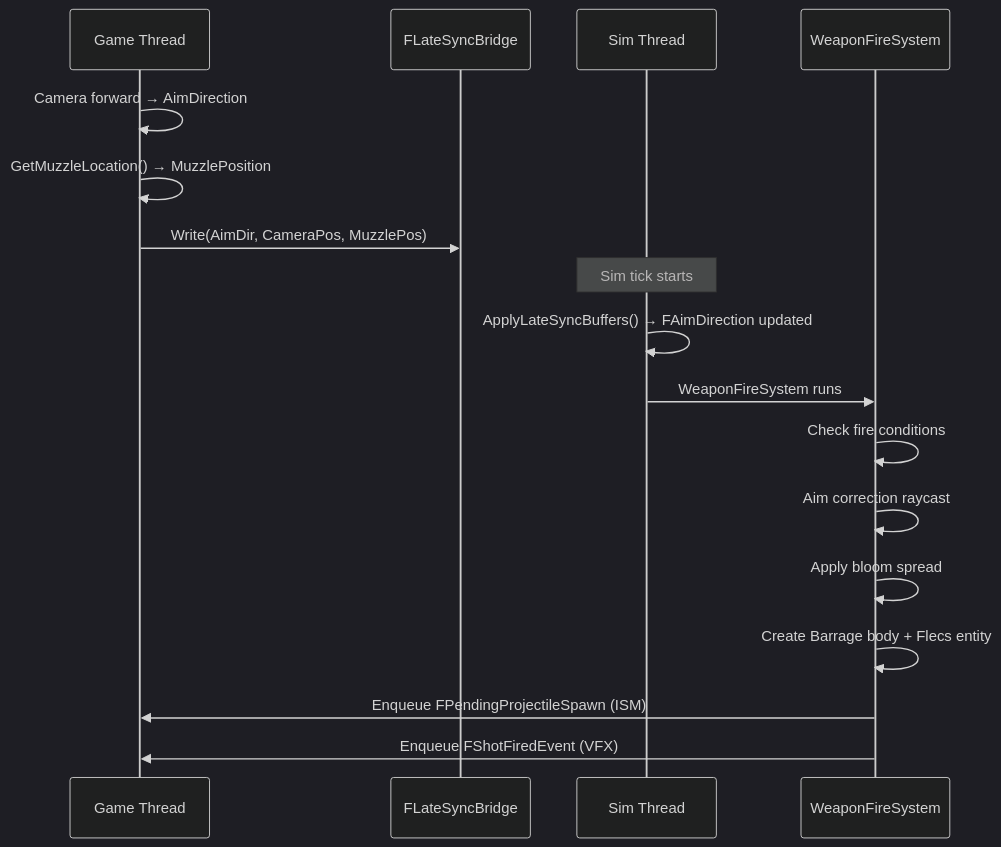
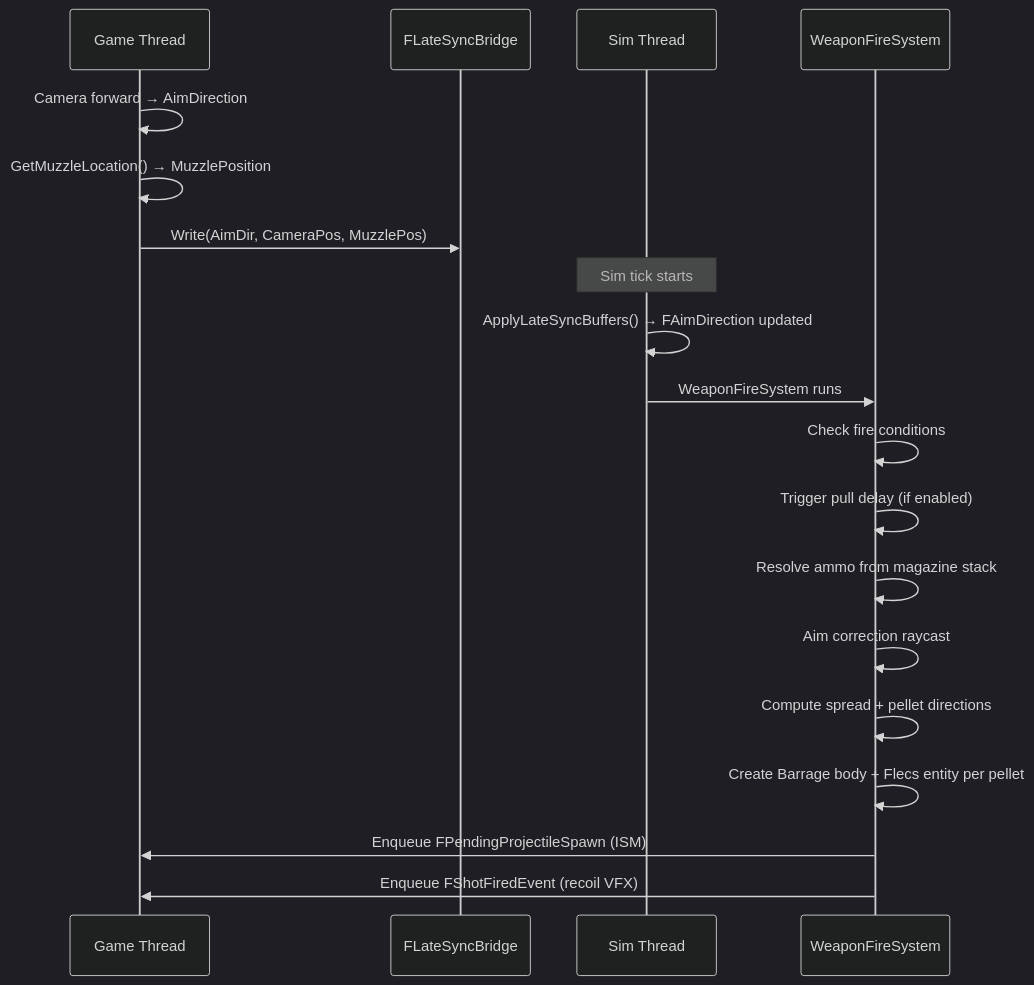
The first of 2 diagrams in docs/systems/weapon-system.md (bluesteelll/FatumGame), drawn with Mermaid (dark theme) before and after one commit. The commit also changed other lines of this file and 16 other files, not shown here.

````diff
--- a/docs/systems/weapon-system.md
+++ b/docs/systems/weapon-system.md
@@ -64,20 +107,22 @@
 ```mermaid
 sequenceDiagram
     participant GT as Game Thread
     participant Bridge as FLateSyncBridge
     participant ST as Sim Thread
     participant WFS as WeaponFireSystem
 
     GT->>GT: Camera forward → AimDirection
     GT->>GT: GetMuzzleLocation() → MuzzlePosition
     GT->>Bridge: Write(AimDir, CameraPos, MuzzlePos)
     Note over ST: Sim tick starts
     ST->>ST: ApplyLateSyncBuffers() → FAimDirection updated
     ST->>WFS: WeaponFireSystem runs
     WFS->>WFS: Check fire conditions
+    WFS->>WFS: Trigger pull delay (if enabled)
+    WFS->>WFS: Resolve ammo from magazine stack
     WFS->>WFS: Aim correction raycast
-    WFS->>WFS: Apply bloom spread
-    WFS->>WFS: Create Barrage body + Flecs entity
+    WFS->>WFS: Compute spread + pellet directions
+    WFS->>WFS: Create Barrage body + Flecs entity per pellet
     WFS->>GT: Enqueue FPendingProjectileSpawn (ISM)
-    WFS->>GT: Enqueue FShotFiredEvent (VFX)
+    WFS->>GT: Enqueue FShotFiredEvent (recoil VFX)
 ```
````
